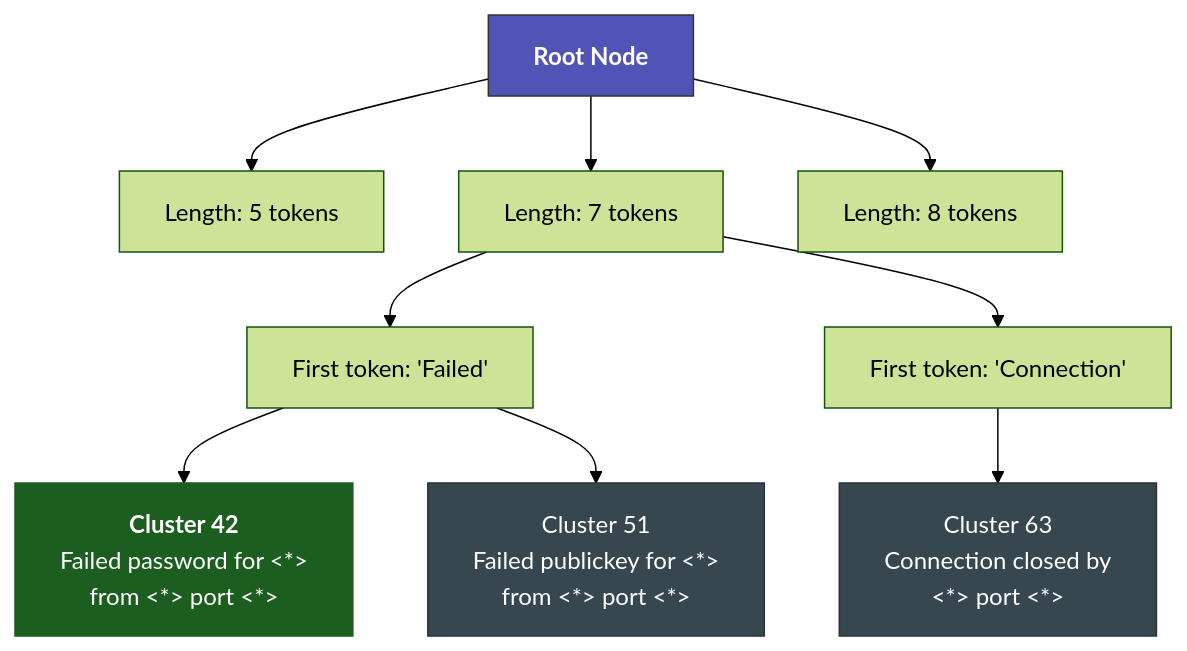
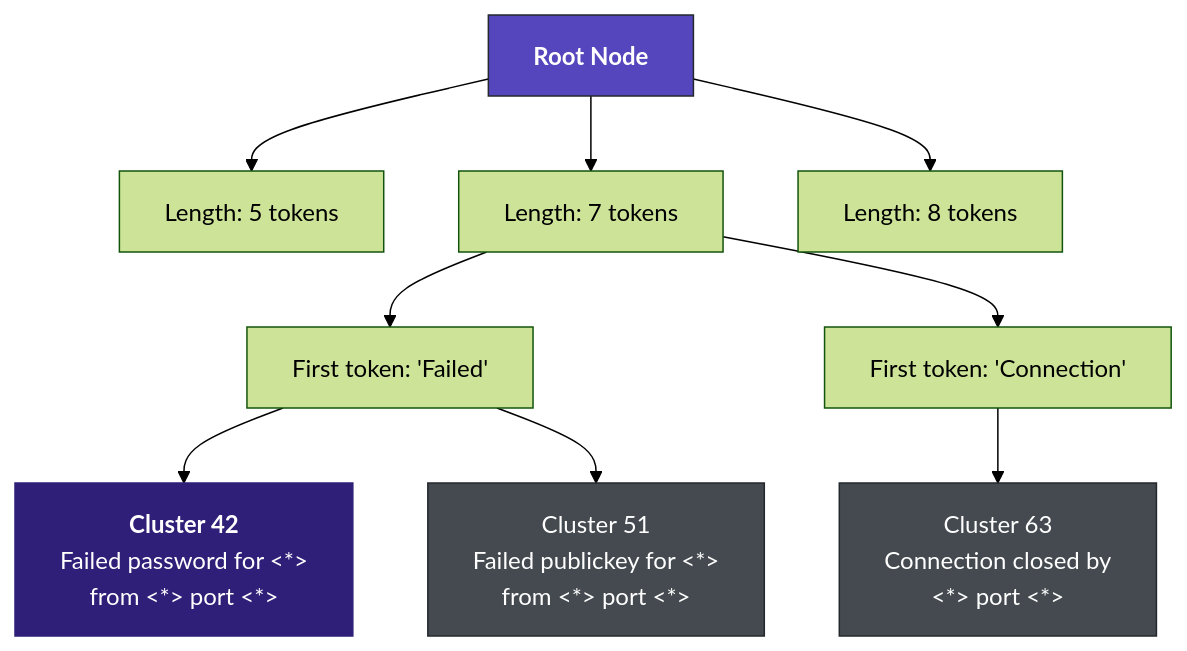
One commit to seerflow/seerflow-guide changed the diagram in docs/architecture/parsing.md. Above: the diagram before and after it, drawn with Mermaid (forest theme). The commit also changed 9 other files, not shown here.

First line of the commit message:
fix(brand): recolor mermaid diagrams to brand palette

````diff
--- a/docs/architecture/parsing.md
+++ b/docs/architecture/parsing.md
@@ -35,16 +35,16 @@
 ```mermaid
 graph TD
     Root["<b>Root Node</b>"] --> L5["Length: 5 tokens"]
     Root --> L7["Length: 7 tokens"]
     Root --> L8["Length: 8 tokens"]
     L7 --> Failed["First token: 'Failed'"]
     L7 --> Connection["First token: 'Connection'"]
     Failed --> C42["<b>Cluster 42</b><br/>Failed password for &lt;*&gt;<br/>from &lt;*&gt; port &lt;*&gt;"]
     Failed --> C51["Cluster 51<br/>Failed publickey for &lt;*&gt;<br/>from &lt;*&gt; port &lt;*&gt;"]
     Connection --> C63["Cluster 63<br/>Connection closed by<br/>&lt;*&gt; port &lt;*&gt;"]
 
-    style Root fill:#5154B4,stroke:#333,color:#fff
-    style C42 fill:#1b5e20,stroke:#1b5e20,color:#fff
-    style C51 fill:#37474f,stroke:#263238,color:#fff
-    style C63 fill:#37474f,stroke:#263238,color:#fff
+    style Root fill:#5546bd,stroke:#23282d,color:#fff
+    style C42 fill:#2f1f78,stroke:#2f1f78,color:#fff
+    style C51 fill:#444a4f,stroke:#23282d,color:#fff
+    style C63 fill:#444a4f,stroke:#23282d,color:#fff
 ```
````
